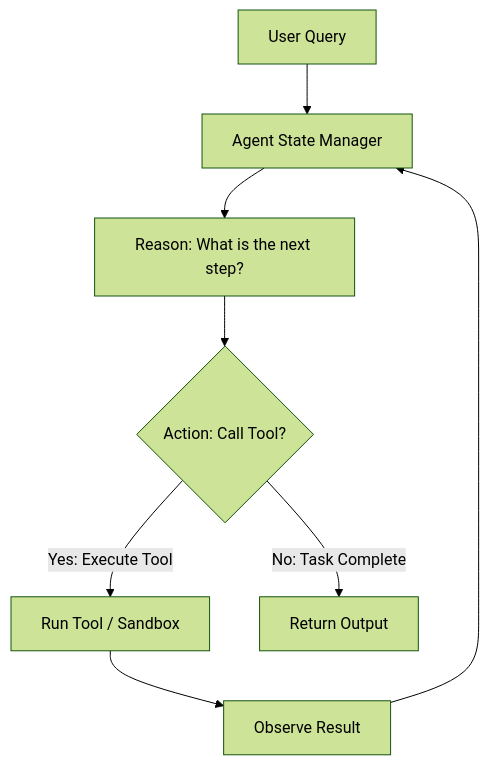
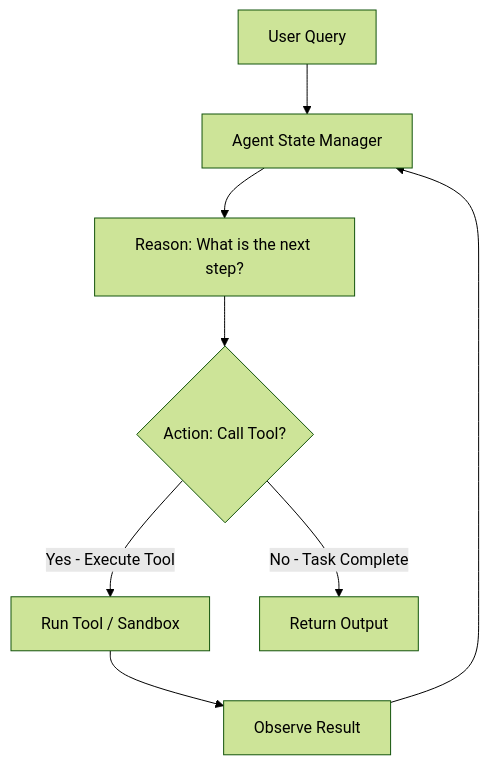
The seventh of 8 diagrams in blog/posts/agentic-ai-architectures.md (akmalkhaniub/akmalkhaniub.github.io), drawn with Mermaid (forest theme) before and after one commit. The commit also changed other lines of this file and 411 other files, not shown here.

````diff
--- a/blog/posts/agentic-ai-architectures.md
+++ b/blog/posts/agentic-ai-architectures.md
@@ -143,10 +143,10 @@
 ```mermaid
-graph TD
+flowchart TD
     Query[User Query] --> State[Agent State Manager]
     State --> Reason[Reason: What is the next step?]
     Reason --> Action{Action: Call Tool?}
-    Action -->|Yes: Execute Tool| Tool[Run Tool / Sandbox]
+    Action -->|Yes - Execute Tool| Tool[Run Tool / Sandbox]
     Tool --> Observation[Observe Result]
     Observation --> State
-    Action -->|No: Task Complete| Out[Return Output]
+    Action -->|No - Task Complete| Out[Return Output]
 ```
````
